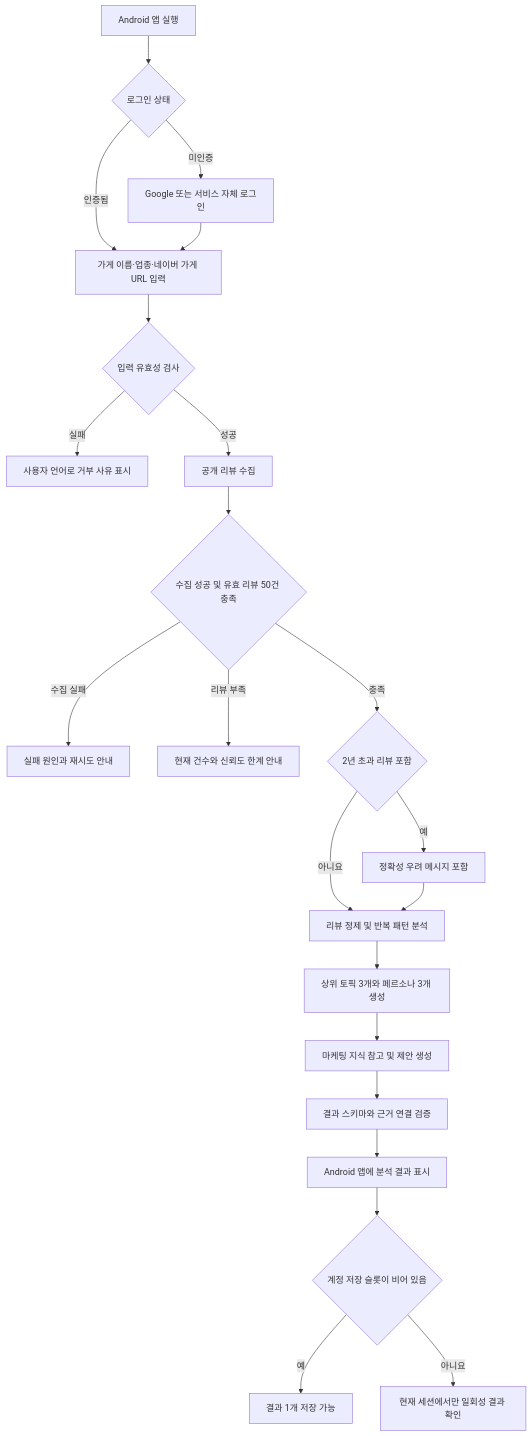
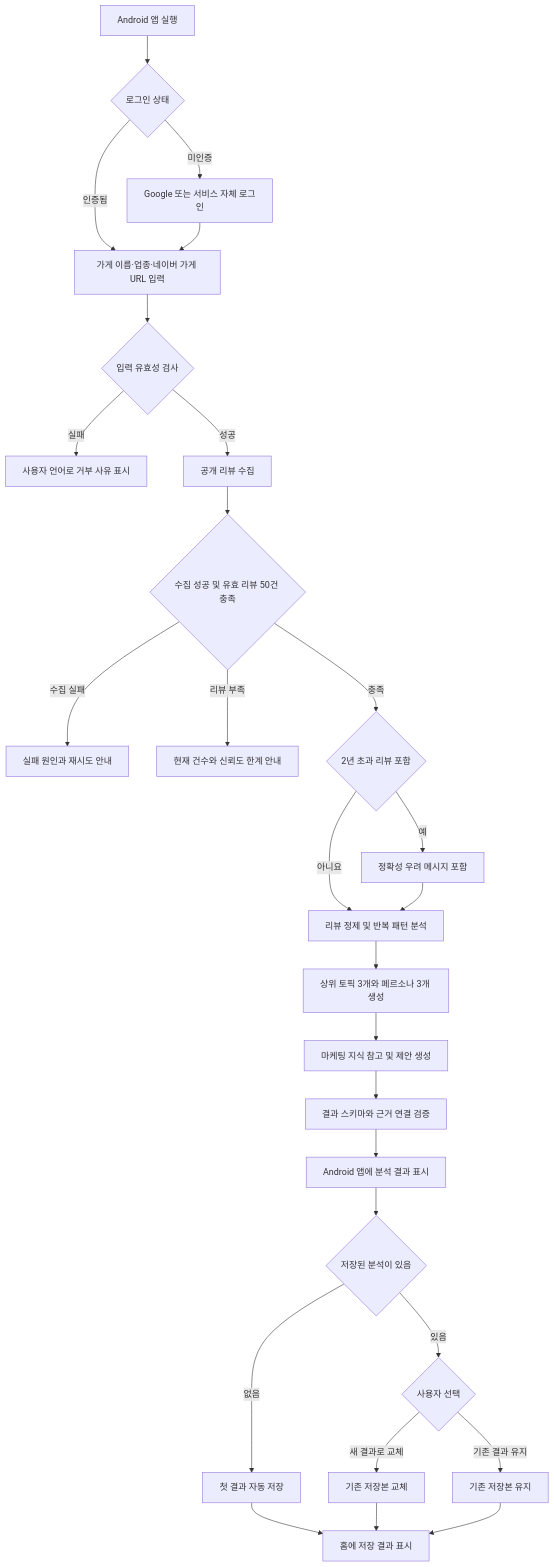
Before and after one commit to SKUnohtaekyung/PULSE_SCC: the diagram in docs/product/requirements/GUEST_ANALYSIS_FUNCTIONAL_SPEC.md, drawn with Mermaid. The commit also changed other lines of this file and 7 other files, not shown here.

Commit message:
docs(product): define app flow and result IA

````diff
--- a/docs/product/requirements/GUEST_ANALYSIS_FUNCTIONAL_SPEC.md
+++ b/docs/product/requirements/GUEST_ANALYSIS_FUNCTIONAL_SPEC.md
@@ -70,24 +72,29 @@
 ```mermaid
 flowchart TD
     A[Android 앱 실행] --> A1{로그인 상태}
     A1 -- 미인증 --> A2[Google 또는 서비스 자체 로그인]
     A1 -- 인증됨 --> B[가게 이름·업종·네이버 가게 URL 입력]
     A2 --> B
     B --> C{입력 유효성 검사}
     C -- 실패 --> D[사용자 언어로 거부 사유 표시]
     C -- 성공 --> E[공개 리뷰 수집]
     E --> F{수집 성공 및 유효 리뷰 50건 충족}
     F -- 수집 실패 --> G[실패 원인과 재시도 안내]
     F -- 리뷰 부족 --> H[현재 건수와 신뢰도 한계 안내]
     F -- 충족 --> F1{2년 초과 리뷰 포함}
     F1 -- 예 --> F2[정확성 우려 메시지 포함]
     F1 -- 아니요 --> I[리뷰 정제 및 반복 패턴 분석]
     F2 --> I
     I --> J[상위 토픽 3개와 페르소나 3개 생성]
     J --> K[마케팅 지식 참고 및 제안 생성]
     K --> L[결과 스키마와 근거 연결 검증]
     L --> M[Android 앱에 분석 결과 표시]
-    M --> N{계정 저장 슬롯이 비어 있음}
-    N -- 예 --> O[결과 1개 저장 가능]
-    N -- 아니요 --> P[현재 세션에서만 일회성 결과 확인]
+    M --> N{저장된 분석이 있음}
+    N -- 없음 --> O[첫 결과 자동 저장]
+    O --> Q[홈에 저장 결과 표시]
+    N -- 있음 --> P{사용자 선택}
+    P -- 새 결과로 교체 --> R[기존 저장본 교체]
+    P -- 기존 결과 유지 --> S[기존 저장본 유지]
+    R --> Q
+    S --> Q
 ```
````
